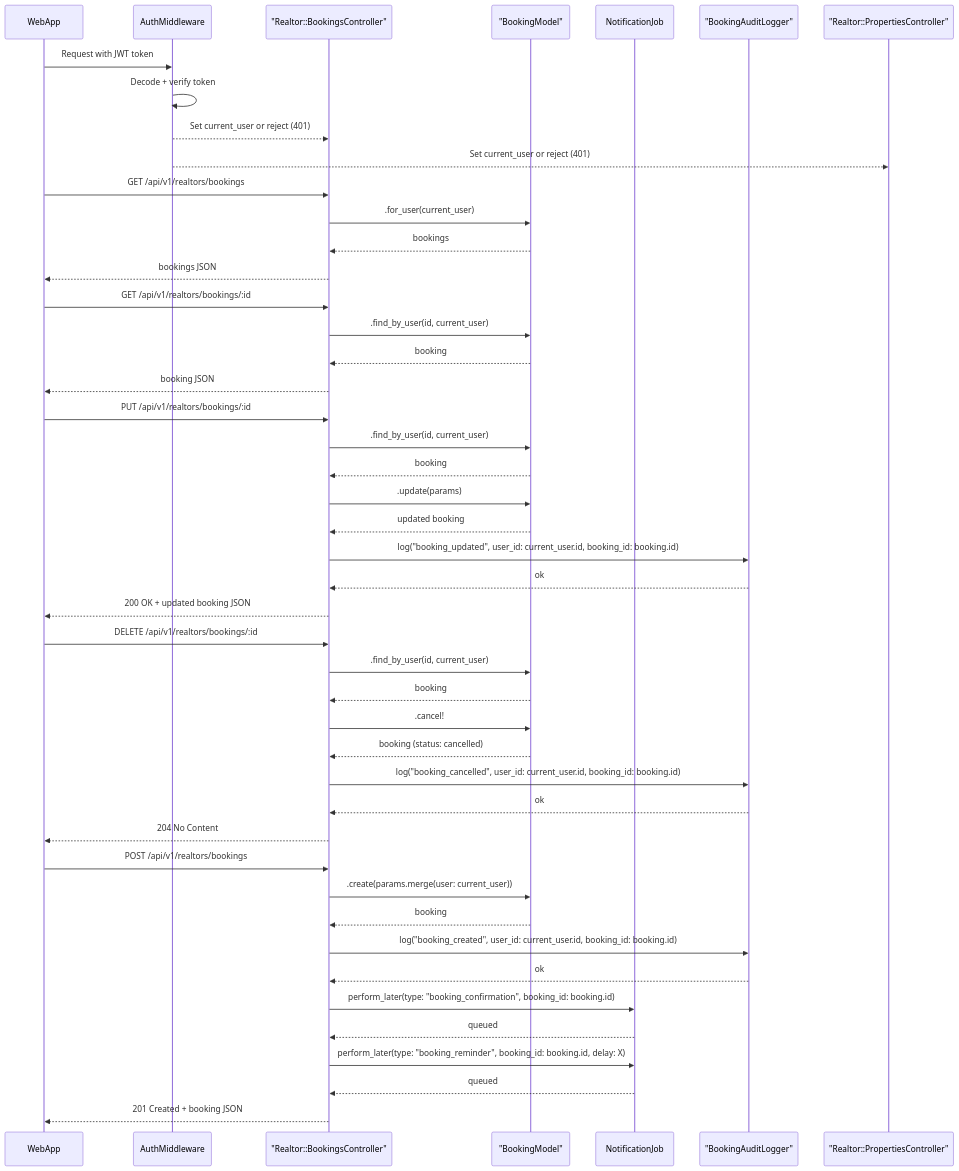
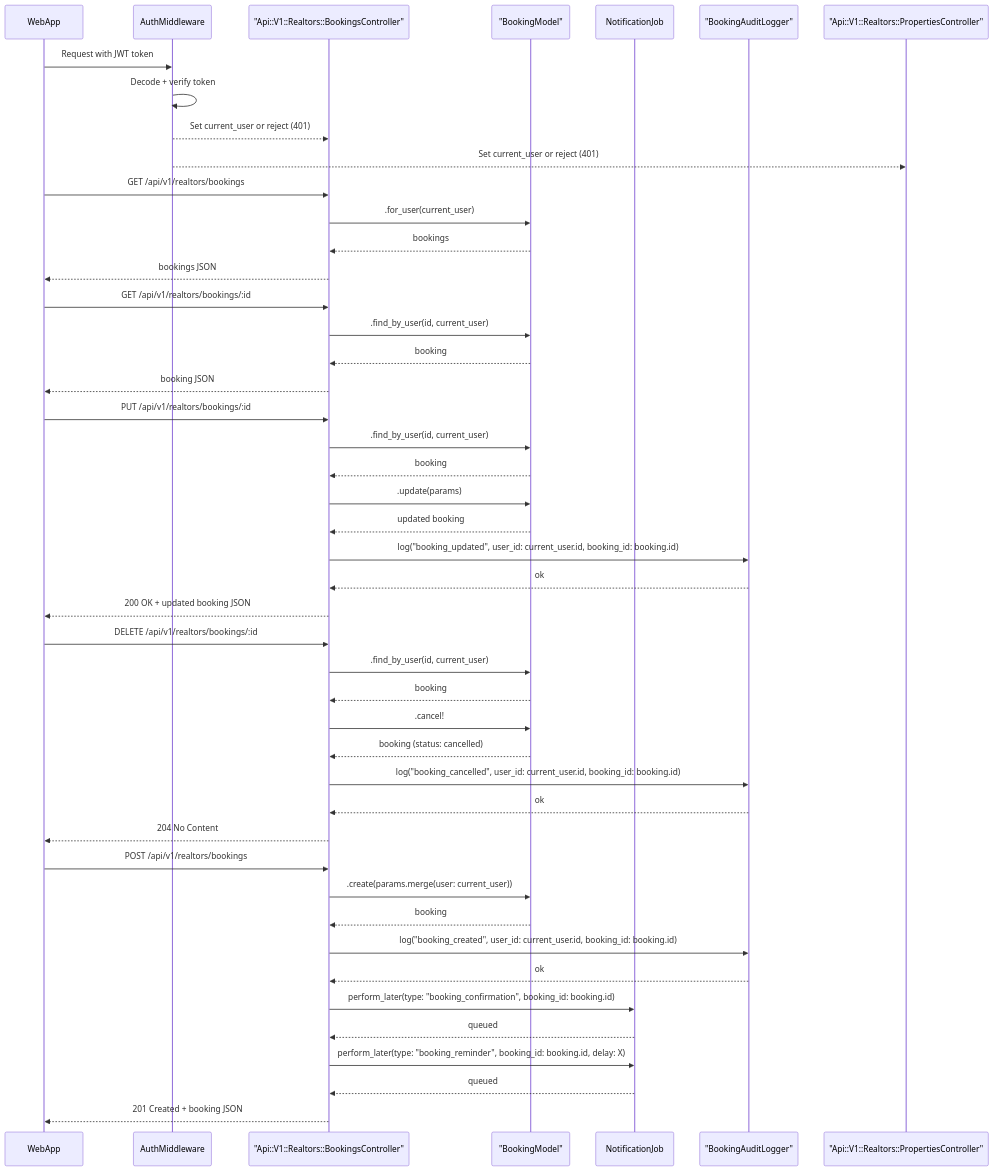
One commit to Video-API-architecture/architecture-proposal changed the diagram in diagrams/realtors/booking.mermaid. Above: the diagram before and after it, drawn with Mermaid. The commit also changed 26 other files, not shown here.

Commit message:
add missing namespaces in diagrams

```diff
--- a/diagrams/realtors/booking.mermaid
+++ b/diagrams/realtors/booking.mermaid
@@ -1,58 +1,58 @@
 sequenceDiagram
     participant WebApp
     participant Auth as AuthMiddleware
-    participant RBC as "Realtor::BookingsController"
+    participant RBC as "Api::V1::Realtors::BookingsController"
     participant BM as "BookingModel"
     participant NotificationJob
     participant Logger as "BookingAuditLogger"
-    participant RPC as "Realtor::PropertiesController"
+    participant RPC as "Api::V1::Realtors::PropertiesController"
 
     %% Auth
     WebApp->>Auth: Request with JWT token
     Auth->>Auth: Decode + verify token
     Auth-->>RBC: Set current_user or reject (401)
     Auth-->>RPC: Set current_user or reject (401)
 
     %% List bookings (read-only, not logged)
     WebApp->>RBC: GET /api/v1/realtors/bookings
     RBC->>BM: .for_user(current_user)
     BM-->>RBC: bookings
     RBC-->>WebApp: bookings JSON
 
     %% Get booking (read-only, not logged)
     WebApp->>RBC: GET /api/v1/realtors/bookings/:id
     RBC->>BM: .find_by_user(id, current_user)
     BM-->>RBC: booking
     RBC-->>WebApp: booking JSON
 
     %% Update booking
     WebApp->>RBC: PUT /api/v1/realtors/bookings/:id
     RBC->>BM: .find_by_user(id, current_user)
     BM-->>RBC: booking
     RBC->>BM: .update(params)
     BM-->>RBC: updated booking
     RBC->>Logger: log("booking_updated", user_id: current_user.id, booking_id: booking.id)
     Logger-->>RBC: ok
     RBC-->>WebApp: 200 OK + updated booking JSON
 
     %% Cancel booking
     WebApp->>RBC: DELETE /api/v1/realtors/bookings/:id
     RBC->>BM: .find_by_user(id, current_user)
     BM-->>RBC: booking
     RBC->>BM: .cancel!
     BM-->>RBC: booking (status: cancelled)
     RBC->>Logger: log("booking_cancelled", user_id: current_user.id, booking_id: booking.id)
     Logger-->>RBC: ok
     RBC-->>WebApp: 204 No Content
 
     %% Create booking
     WebApp->>RBC: POST /api/v1/realtors/bookings
     RBC->>BM: .create(params.merge(user: current_user))
     BM-->>RBC: booking
     RBC->>Logger: log("booking_created", user_id: current_user.id, booking_id: booking.id)
     Logger-->>RBC: ok
     RBC->>NotificationJob: perform_later(type: "booking_confirmation", booking_id: booking.id)
     NotificationJob-->>RBC: queued
     RBC->>NotificationJob: perform_later(type: "booking_reminder", booking_id: booking.id, delay: X)
     NotificationJob-->>RBC: queued
     RBC-->>WebApp: 201 Created + booking JSON
```
